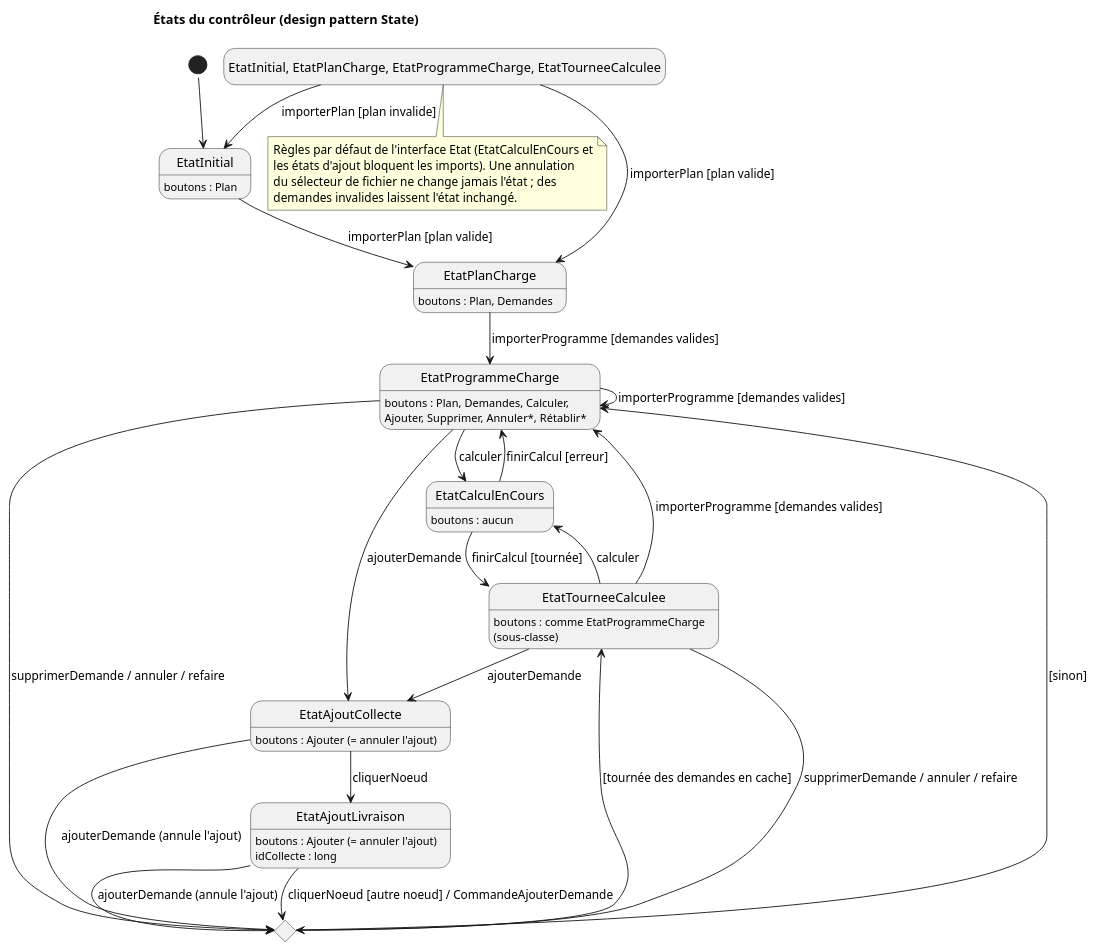
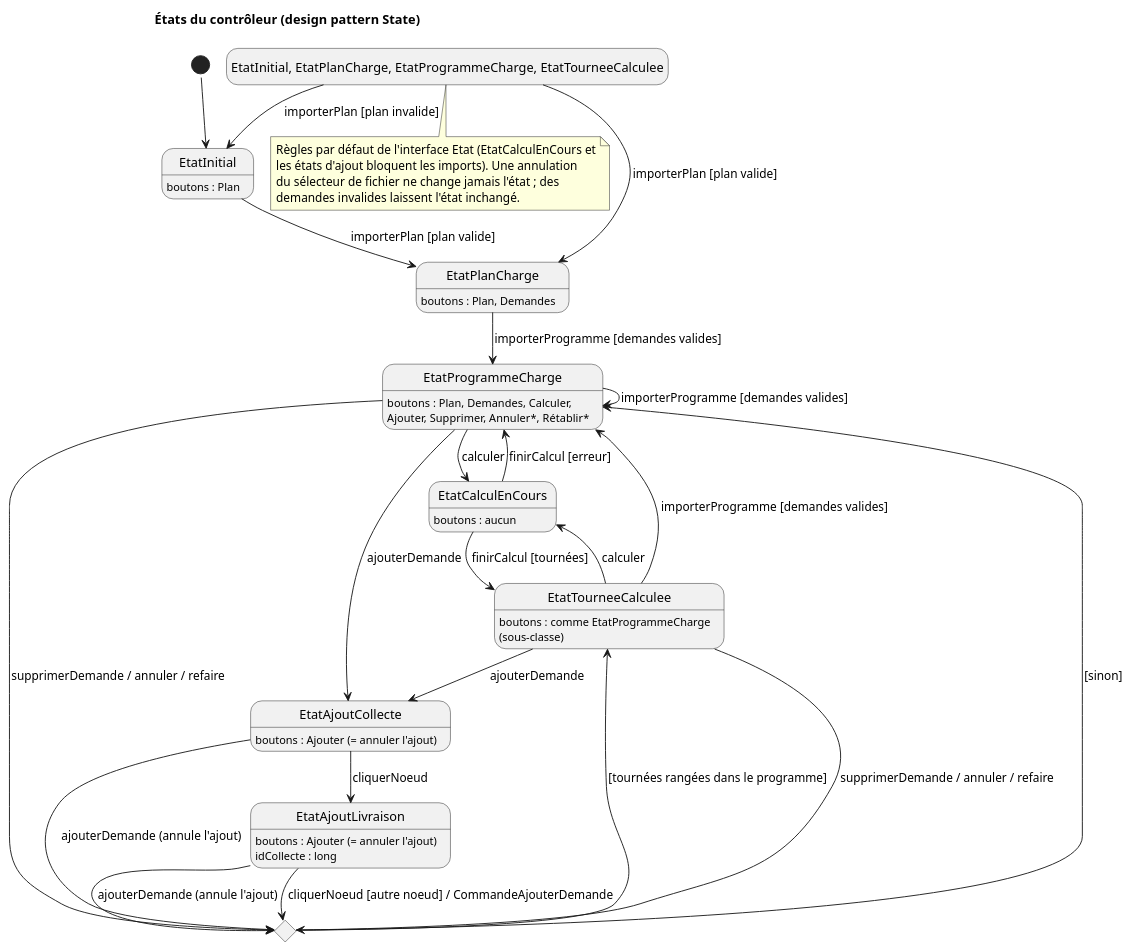
The diagram in docs/diagrams/etats-controleur.puml (tristanhp/Optimod-Lyon), drawn with PlantUML before and after one commit. The commit also changed 9 other files, not shown here.

First line of the commit message:
docs: TIG-95 ADR 0006, diagrammes et README pour plusieurs livreurs

```diff
--- a/docs/diagrams/etats-controleur.puml
+++ b/docs/diagrams/etats-controleur.puml
@@ -1,49 +1,49 @@
 @startuml etats-controleur
 !pragma layout smetana
 title États du contrôleur (design pattern State)
 hide empty description
 [*] --> EtatInitial
 EtatInitial : boutons : Plan
 EtatPlanCharge : boutons : Plan, Demandes
 EtatProgrammeCharge : boutons : Plan, Demandes, Calculer,
 EtatProgrammeCharge : Ajouter, Supprimer, Annuler*, Rétablir*
 EtatCalculEnCours : boutons : aucun
 EtatTourneeCalculee : boutons : comme EtatProgrammeCharge
 EtatTourneeCalculee : (sous-classe)
 EtatAjoutCollecte : boutons : Ajouter (= annuler l'ajout)
 EtatAjoutLivraison : boutons : Ajouter (= annuler l'ajout)
 EtatAjoutLivraison : idCollecte : long
 
 EtatInitial --> EtatPlanCharge : importerPlan [plan valide]
 EtatPlanCharge --> EtatProgrammeCharge : importerProgramme [demandes valides]
 EtatProgrammeCharge --> EtatCalculEnCours : calculer
-EtatCalculEnCours --> EtatTourneeCalculee : finirCalcul [tournée]
+EtatCalculEnCours --> EtatTourneeCalculee : finirCalcul [tournées]
 EtatCalculEnCours --> EtatProgrammeCharge : finirCalcul [erreur]
 EtatTourneeCalculee --> EtatCalculEnCours : calculer
 EtatProgrammeCharge --> EtatProgrammeCharge : importerProgramme [demandes valides]
 EtatTourneeCalculee --> EtatProgrammeCharge : importerProgramme [demandes valides]
 
-state "Choix de l'état selon le cache" as cache <<choice>>
+state "Choix de l'état selon les tournées du programme" as cache <<choice>>
 EtatProgrammeCharge --> cache : supprimerDemande / annuler / refaire
 EtatTourneeCalculee --> cache : supprimerDemande / annuler / refaire
-cache --> EtatTourneeCalculee : [tournée des demandes en cache]
+cache --> EtatTourneeCalculee : [tournées rangées dans le programme]
 cache --> EtatProgrammeCharge : [sinon]
 
 EtatProgrammeCharge --> EtatAjoutCollecte : ajouterDemande
 EtatTourneeCalculee --> EtatAjoutCollecte : ajouterDemande
 EtatAjoutCollecte --> EtatAjoutLivraison : cliquerNoeud
 EtatAjoutLivraison --> cache : cliquerNoeud [autre noeud] / CommandeAjouterDemande
 EtatAjoutCollecte --> cache : ajouterDemande (annule l'ajout)
 EtatAjoutLivraison --> cache : ajouterDemande (annule l'ajout)
 
 state "EtatInitial, EtatPlanCharge, EtatProgrammeCharge, EtatTourneeCalculee" as tous
 tous --> EtatPlanCharge : importerPlan [plan valide]
 tous --> EtatInitial : importerPlan [plan invalide]
 
 note bottom of tous
 Règles par défaut de l'interface Etat (EtatCalculEnCours et
 les états d'ajout bloquent les imports). Une annulation
 du sélecteur de fichier ne change jamais l'état ; des
 demandes invalides laissent l'état inchangé.
 end note
 @enduml
```
